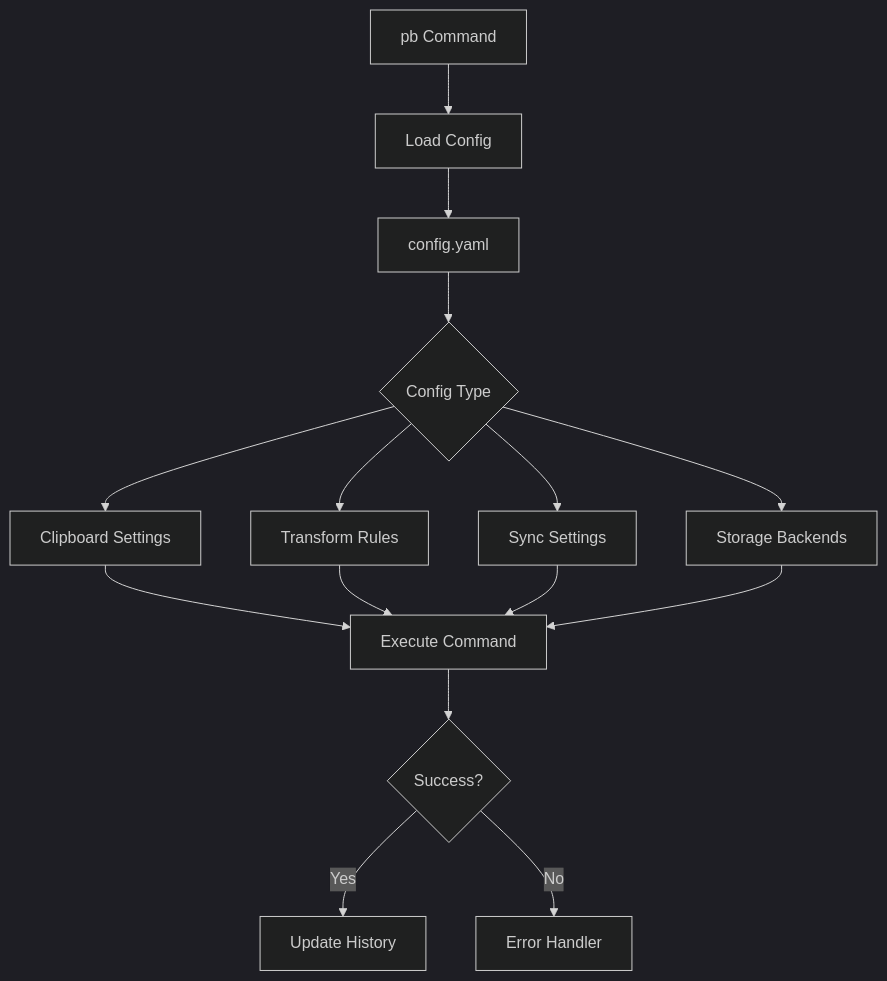
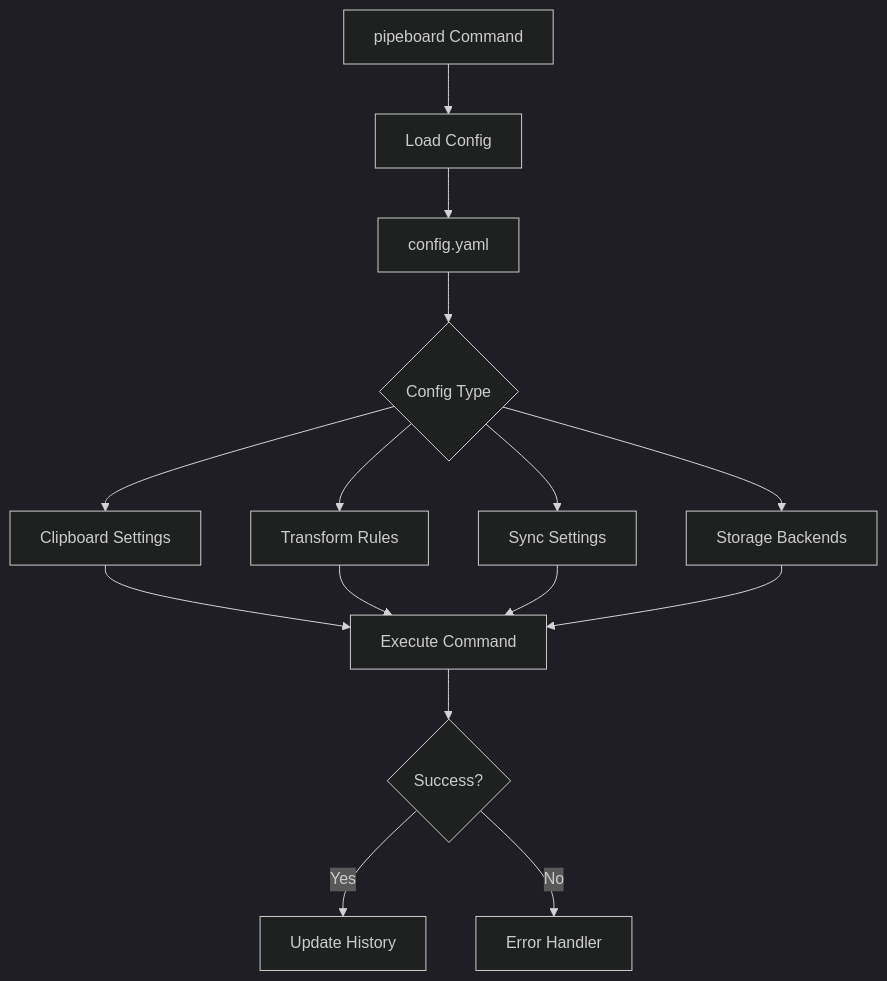
One commit to blackwell-systems/pipeboard changed the eighth of 11 diagrams in docs/architecture.md. Above: the diagram before and after it, drawn with Mermaid (dark theme). The commit also changed other lines of this file and 1 other file, not shown here.

First line of the commit message:
docs: Fix incorrect 'pb' command references

````diff
--- a/docs/architecture.md
+++ b/docs/architecture.md
@@ -243,20 +245,20 @@
 ```mermaid
 flowchart TD
-    A[pb Command] --> B[Load Config]
+    A[pipeboard Command] --> B[Load Config]
     B --> C[config.yaml]
 
     C --> D{Config Type}
     D --> E[Clipboard Settings]
     D --> F[Transform Rules]
     D --> G[Sync Settings]
     D --> H[Storage Backends]
 
     E --> I[Execute Command]
     F --> I
     G --> I
     H --> I
 
     I --> J{Success?}
     J -->|Yes| K[Update History]
     J -->|No| L[Error Handler]
 ```
````
